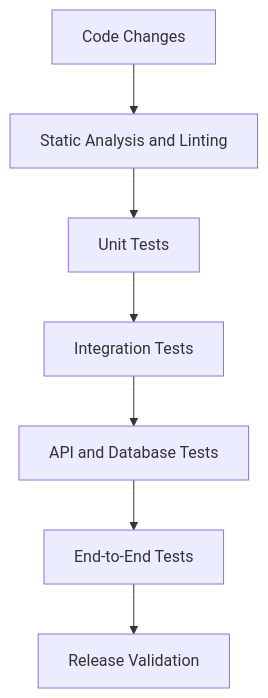
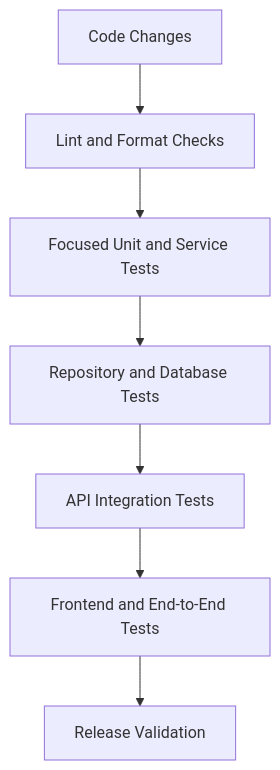
The first of 2 diagrams in docs/development/TESTING.md (suarestalles/caterflow), drawn with Mermaid before and after one commit. The commit also changed other lines of this file and 8 other files, not shown here.

````diff
--- a/docs/development/TESTING.md
+++ b/docs/development/TESTING.md
@@ -70,9 +32,9 @@
 ```mermaid
 flowchart TD
-    A["Code Changes"] --> B["Static Analysis and Linting"]
-    B --> C["Unit Tests"]
-    C --> D["Integration Tests"]
-    D --> E["API and Database Tests"]
-    E --> F["End-to-End Tests"]
-    F --> G["Release Validation"]
+    A[Code Changes] --> B[Lint and Format Checks]
+    B --> C[Focused Unit and Service Tests]
+    C --> D[Repository and Database Tests]
+    D --> E[API Integration Tests]
+    E --> F[Frontend and End-to-End Tests]
+    F --> G[Release Validation]
 ```
````
